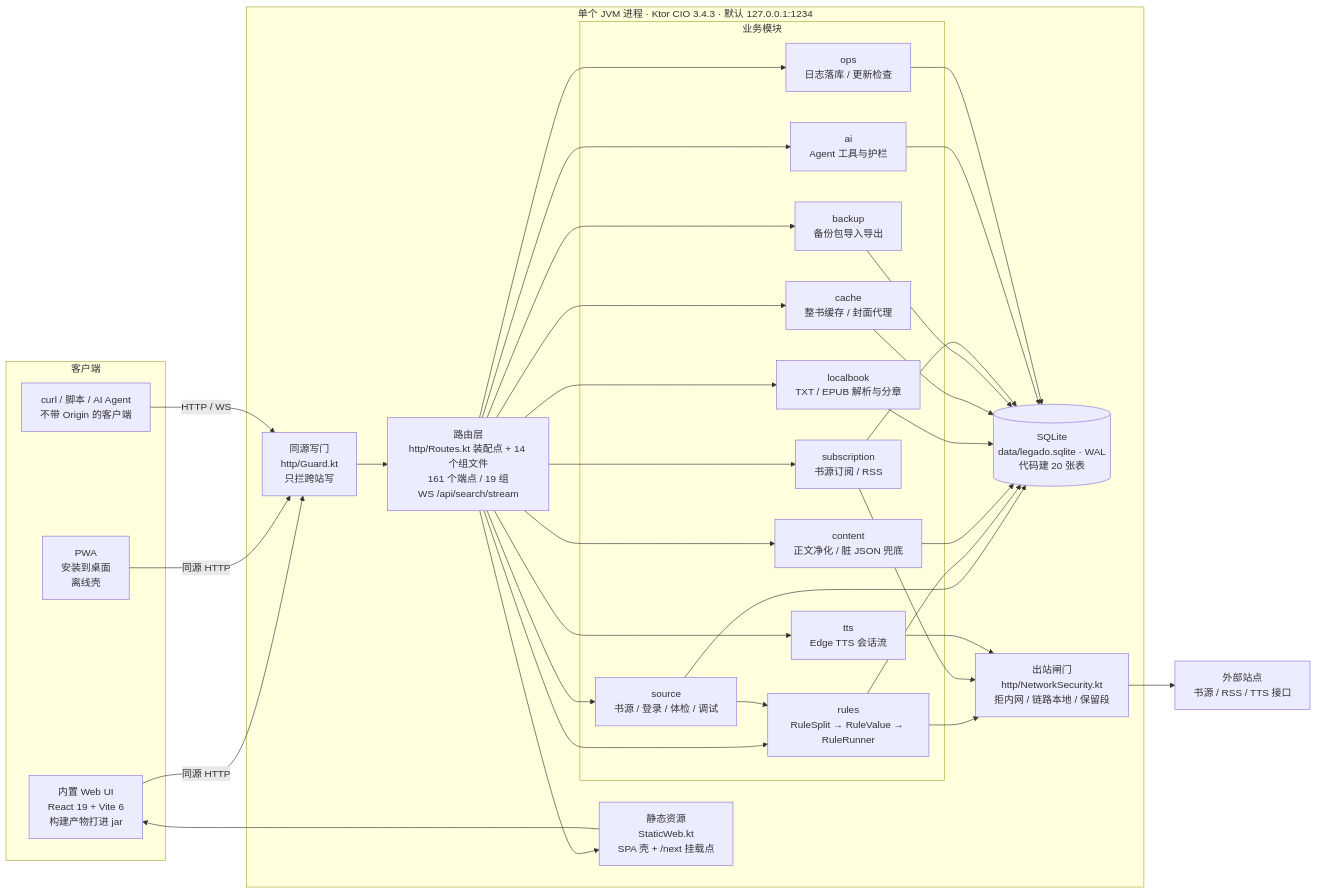
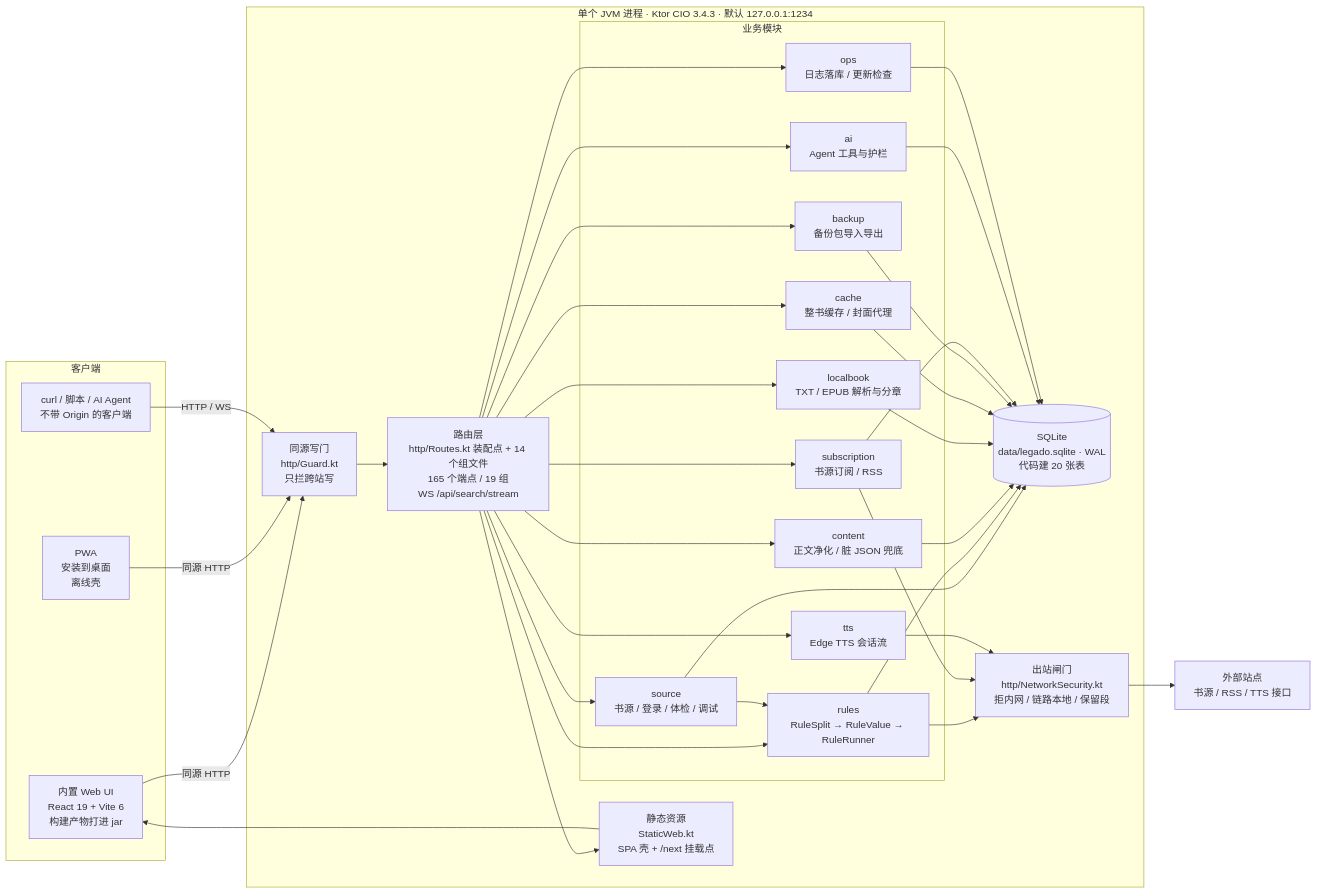
One commit to linqinqiu/legadoQ changed the first of 6 diagrams in docs/ARCHITECTURE.md. Above: the diagram before and after it, drawn with Mermaid. The commit also changed other lines of this file and 40 other files, not shown here.

````diff
--- a/docs/ARCHITECTURE.md
+++ b/docs/ARCHITECTURE.md
@@ -12,66 +12,66 @@
 ```mermaid
 flowchart LR
     subgraph CLIENT["客户端"]
         UI["内置 Web UI<br/>React 19 + Vite 6<br/>构建产物打进 jar"]
         PWA["PWA<br/>安装到桌面<br/>离线壳"]
         CLI["curl / 脚本 / AI Agent<br/>不带 Origin 的客户端"]
     end
 
     subgraph PROC["单个 JVM 进程 · Ktor CIO 3.4.3 · 默认 127.0.0.1:1234"]
         GUARD["同源写门<br/>http/Guard.kt<br/>只拦跨站写"]
-        ROUTE["路由层<br/>http/Routes.kt 装配点 + 14 个组文件<br/>161 个端点 / 19 组<br/>WS /api/search/stream"]
+        ROUTE["路由层<br/>http/Routes.kt 装配点 + 14 个组文件<br/>165 个端点 / 19 组<br/>WS /api/search/stream"]
         STATIC["静态资源<br/>StaticWeb.kt<br/>SPA 壳 + /next 挂载点"]
 
         subgraph DOMAIN["业务模块"]
             SRC["source<br/>书源 / 登录 / 体检 / 调试"]
             RULE["rules<br/>RuleSplit → RuleValue → RuleRunner"]
             CONTENT["content<br/>正文净化 / 脏 JSON 兜底"]
             LOCAL["localbook<br/>TXT / EPUB 解析与分章"]
             CACHE["cache<br/>整书缓存 / 封面代理"]
             TTS["tts<br/>Edge TTS 会话流"]
             BACKUP["backup<br/>备份包导入导出"]
             SUB["subscription<br/>书源订阅 / RSS"]
             AGENT["ai<br/>Agent 工具与护栏"]
             OPS["ops<br/>日志落库 / 更新检查"]
         end
 
         DB[("SQLite<br/>data/legado.sqlite · WAL<br/>代码建 20 张表")]
         NETSEC["出站闸门<br/>http/NetworkSecurity.kt<br/>拒内网 / 链路本地 / 保留段"]
     end
 
     NET["外部站点<br/>书源 / RSS / TTS 接口"]
 
     UI -->|"同源 HTTP"| GUARD
     PWA -->|"同源 HTTP"| GUARD
     CLI -->|"HTTP / WS"| GUARD
     GUARD --> ROUTE
     ROUTE --> STATIC
     STATIC --> UI
 
     ROUTE --> SRC
     ROUTE --> RULE
     ROUTE --> CONTENT
     ROUTE --> LOCAL
     ROUTE --> CACHE
     ROUTE --> TTS
     ROUTE --> BACKUP
     ROUTE --> SUB
     ROUTE --> AGENT
     ROUTE --> OPS
 
     SRC --> RULE
     RULE --> NETSEC
     NETSEC --> NET
     SUB --> NETSEC
     TTS --> NETSEC
 
     SRC --> DB
     RULE --> DB
     CONTENT --> DB
     LOCAL --> DB
     CACHE --> DB
     BACKUP --> DB
     SUB --> DB
     AGENT --> DB
     OPS --> DB
 ```
````
